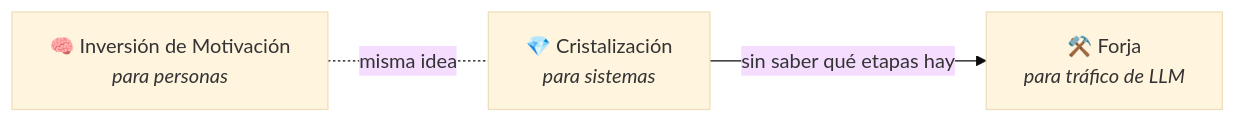
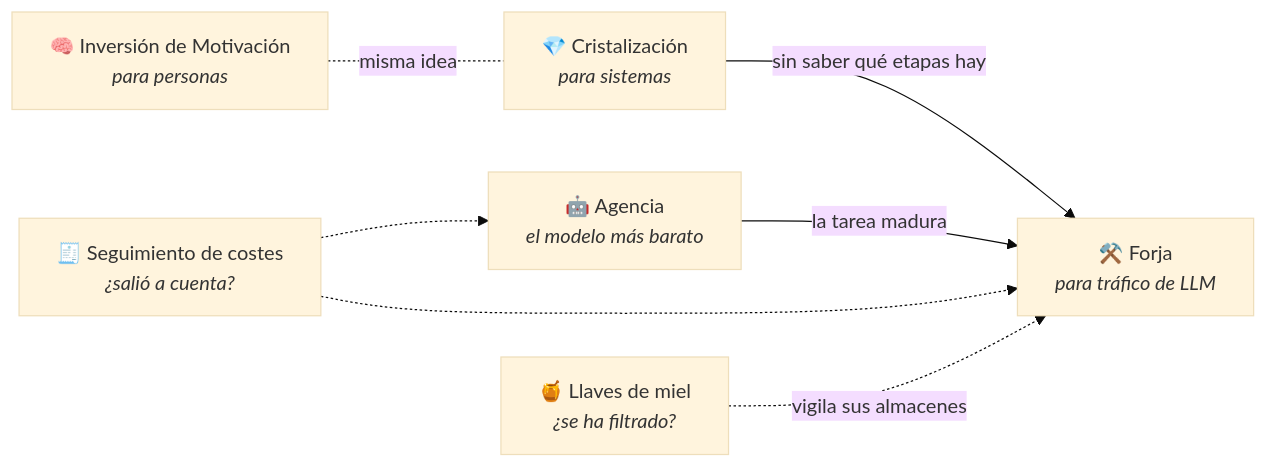
Before and after one commit to AbstractBike/SilvioMaciasSanchez: the diagram in README.md, drawn with Mermaid (base theme). The commit also changed other lines of this file and 6 other files, not shown here.

First line of the commit message:
Abstract Architectures: patrones Agencia, Seguimiento de costes y Llaves de miel

````diff
--- a/README.md
+++ b/README.md
@@ -21,5 +24,9 @@
 ```mermaid
 flowchart LR
     IM["🧠 Inversión de Motivación<br/><i>para personas</i>"] -. "misma idea" .- CR["💎 Cristalización<br/><i>para sistemas</i>"]
     CR -->|"sin saber qué etapas hay"| FO["⚒️ Forja<br/><i>para tráfico de LLM</i>"]
+    AG["🤖 Agencia<br/><i>el modelo más barato</i>"] -->|"la tarea madura"| FO
+    SC["🧾 Seguimiento de costes<br/><i>¿salió a cuenta?</i>"] -.-> AG
+    SC -.-> FO
+    LM["🍯 Llaves de miel<br/><i>¿se ha filtrado?</i>"] -. "vigila sus almacenes" .-> FO
 ```
````
